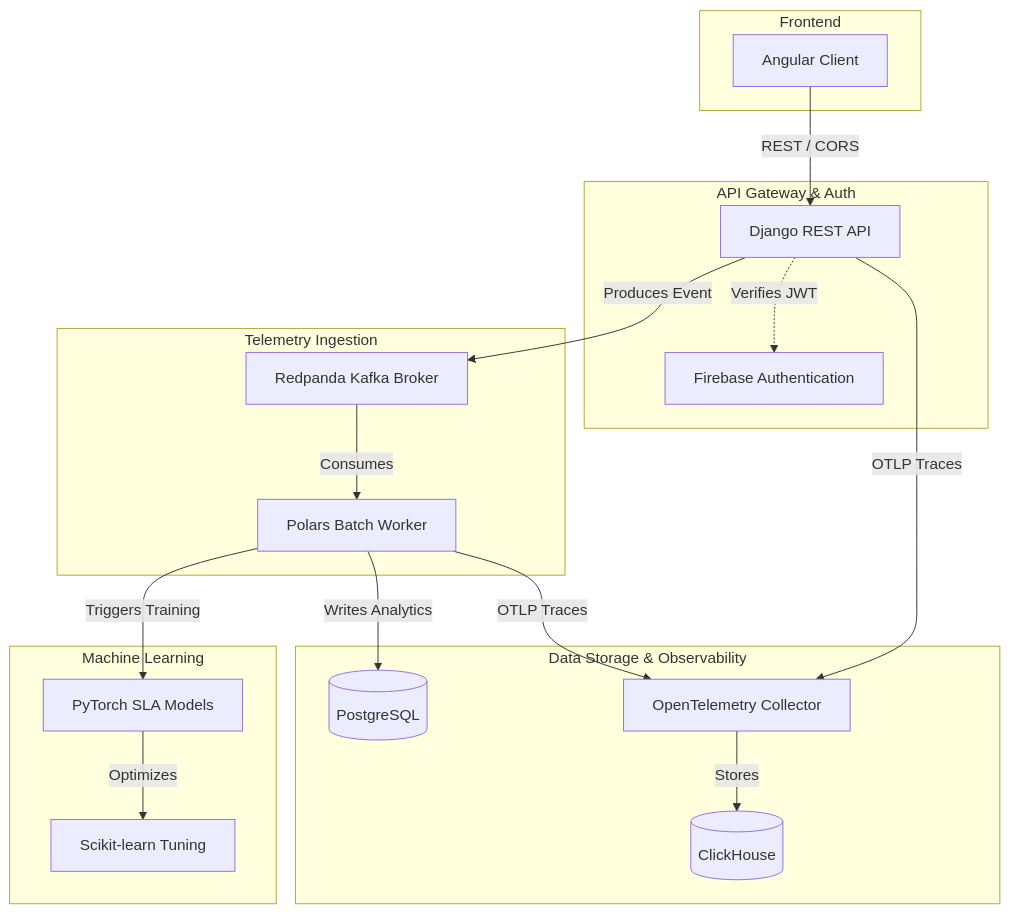
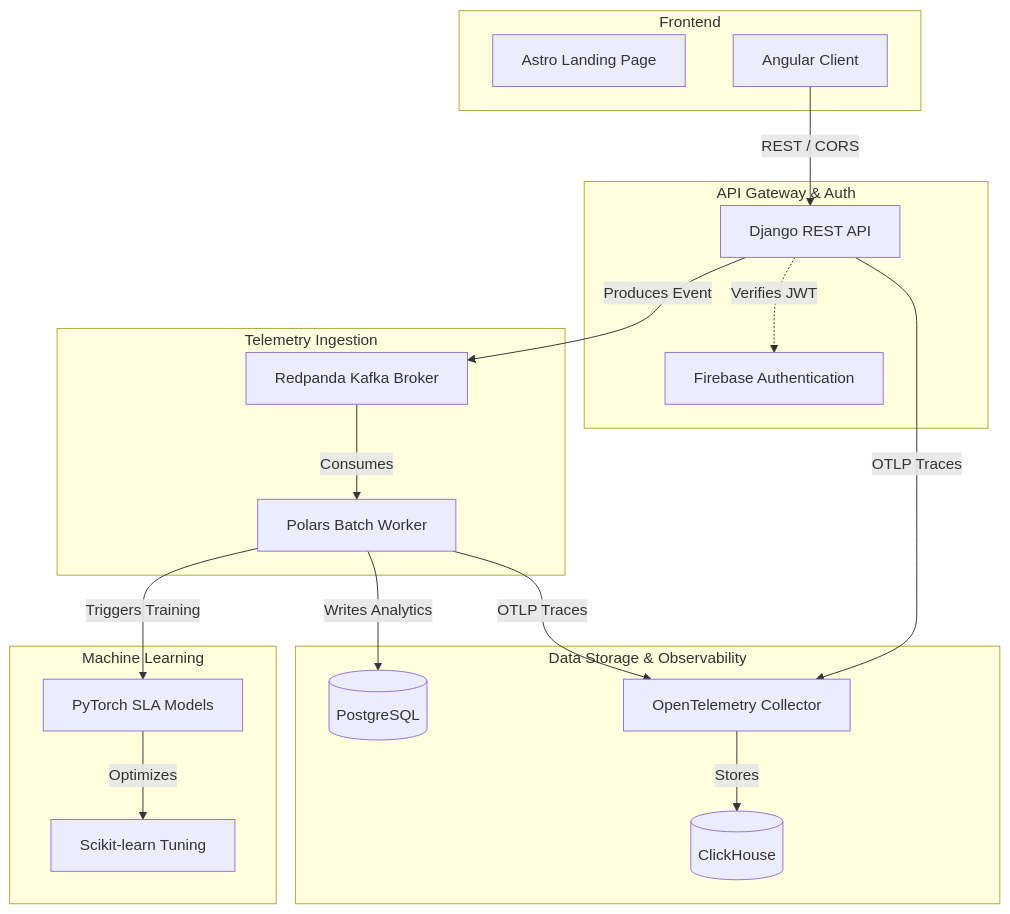
Before and after one commit to dataengineeringformachinelearning/dataengineeringformachinelearning: the diagram in WHITEPAPER.md, drawn with Mermaid. The commit also changed 114 other files, not shown here.

````diff
--- a/WHITEPAPER.md
+++ b/WHITEPAPER.md
@@ -23,38 +23,39 @@
 ```mermaid
 flowchart TB
     subgraph Frontend
+        L[Astro Landing Page]
         A[Angular Client]
     end
 
     subgraph "API Gateway & Auth"
         B[Django REST API]
         C[Firebase Authentication]
         B -.->|Verifies JWT| C
     end
 
     subgraph "Telemetry Ingestion"
         D[Redpanda Kafka Broker]
         E[Polars Batch Worker]
         D -->|Consumes| E
     end
 
     subgraph "Machine Learning"
         F[PyTorch SLA Models]
         G[Scikit-learn Tuning]
     end
 
     subgraph "Data Storage & Observability"
         H[(PostgreSQL)]
         I[(ClickHouse)]
         J[OpenTelemetry Collector]
     end
 
     A -->|REST / CORS| B
     B -->|Produces Event| D
     E -->|Writes Analytics| H
     E -->|Triggers Training| F
     F -->|Optimizes| G
     B -->|OTLP Traces| J
     E -->|OTLP Traces| J
     J -->|Stores| I
 ```
````
